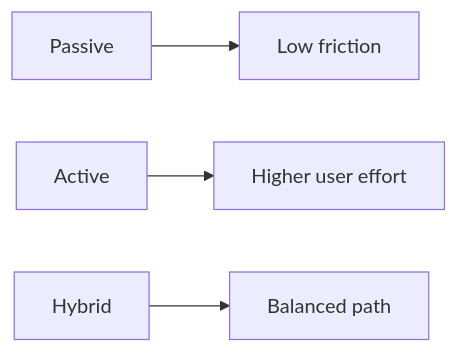
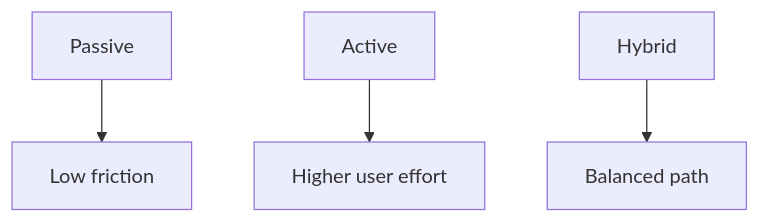
The first of 2 diagrams in docs/01-face-liveness-guide.md (Nivratti/ekyc-face-liveness-playbook), drawn with Mermaid before and after one commit. The commit also changed other lines of this file and 31 other files, not shown here.

Commit message:
docs: improve mermaid diagram readability by converting wide flows to vertical layouts

````diff
--- a/docs/01-face-liveness-guide.md
+++ b/docs/01-face-liveness-guide.md
@@ -109,6 +109,6 @@
 ```mermaid
-flowchart LR
+flowchart TB
     A[Passive] --> D[Low friction]
     B[Active] --> E[Higher user effort]
     C[Hybrid] --> F[Balanced path]
 ```
````
